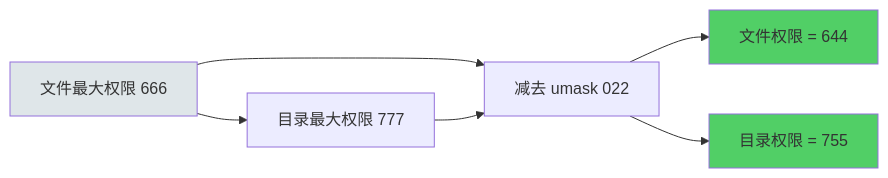
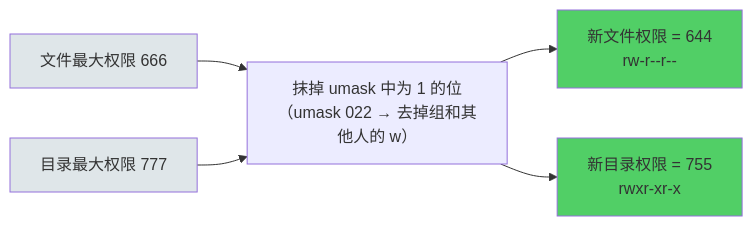
The second of 3 diagrams in content/linux/user_auth/Chapter-18-File-Permission-Details.md (before80/prgms), drawn with Mermaid before and after one commit. The commit also changed other lines of this file and 1645 other files, not shown here.

````diff
--- a/content/linux/user_auth/Chapter-18-File-Permission-Details.md
+++ b/content/linux/user_auth/Chapter-18-File-Permission-Details.md
@@ -543,13 +554,12 @@
 ```mermaid
 graph LR
-    A["文件最大权限 666"] --> B["减去 umask 022"]
-    A --> C["目录最大权限 777"]
-    C --> B
-    
-    B --> D["文件权限 = 644"]
-    B --> E["目录权限 = 755"]
-    
+    A["文件最大权限 666"] --> B["抹掉 umask 中为 1 的位<br/>（umask 022 → 去掉组和其他人的 w）"]
+    C["目录最大权限 777"] --> B
+    B --> D["新文件权限 = 644<br/>rw-r--r--"]
+    B --> E["新目录权限 = 755<br/>rwxr-xr-x"]
+
     style A fill:#dfe6e9
+    style C fill:#dfe6e9
     style D fill:#51cf66
     style E fill:#51cf66
 ```
````
